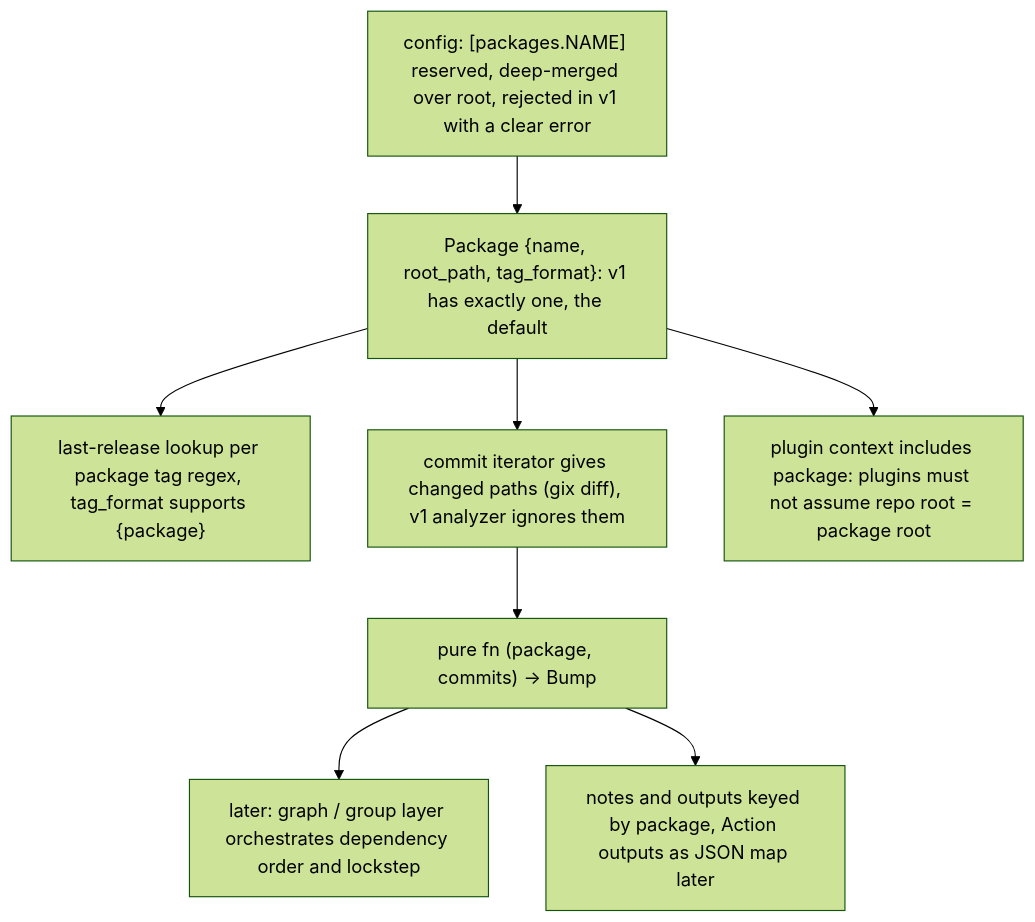
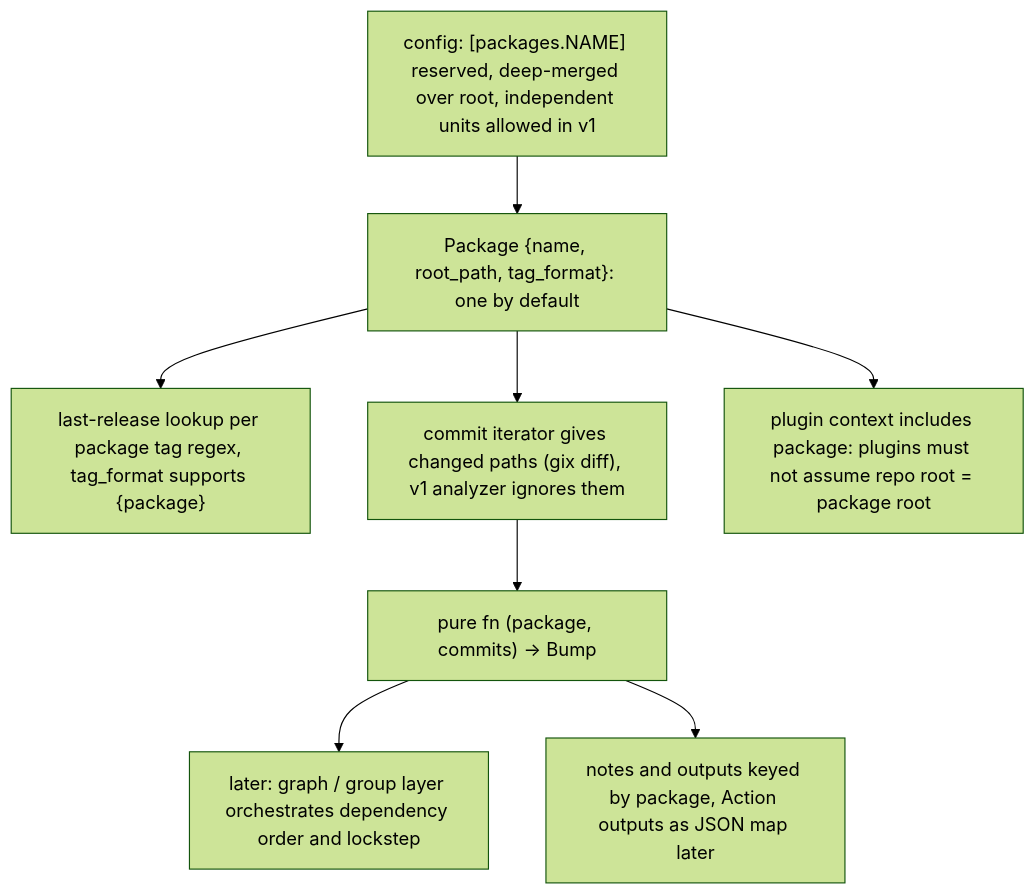
Before and after one commit to semoxide/semoxide: the fourth of 4 diagrams in docs/research/distribution-config.md, drawn with Mermaid (forest theme). The commit also changed other lines of this file and 3 other files, not shown here.

````diff
--- a/docs/research/distribution-config.md
+++ b/docs/research/distribution-config.md
@@ -184,10 +199,10 @@
 ```mermaid
 flowchart TD
-    cfg["config: [packages.NAME] reserved, deep-merged over root, rejected in v1 with a clear error"] --> pkg["Package {name, root_path, tag_format}: v1 has exactly one, the default"]
+    cfg["config: [packages.NAME] reserved, deep-merged over root, independent units allowed in v1"] --> pkg["Package {name, root_path, tag_format}: one by default"]
     pkg --> tag["last-release lookup per package tag regex, tag_format supports {package}"]
     pkg --> it["commit iterator gives changed paths (gix diff), v1 analyzer ignores them"]
     it --> bump["pure fn (package, commits) -> Bump"]
     bump --> orch["later: graph / group layer orchestrates dependency order and lockstep"]
     pkg --> ctx["plugin context includes package: plugins must not assume repo root = package root"]
     bump --> out["notes and outputs keyed by package, Action outputs as JSON map later"]
 ```
````
